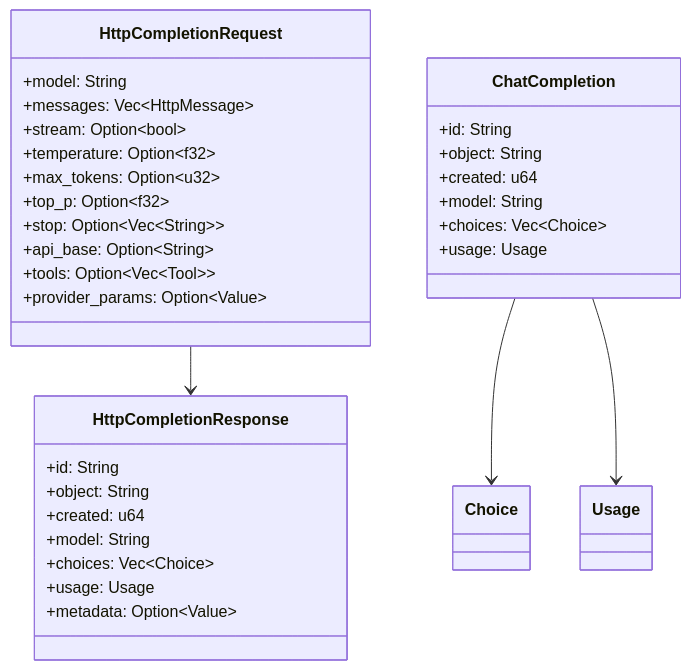
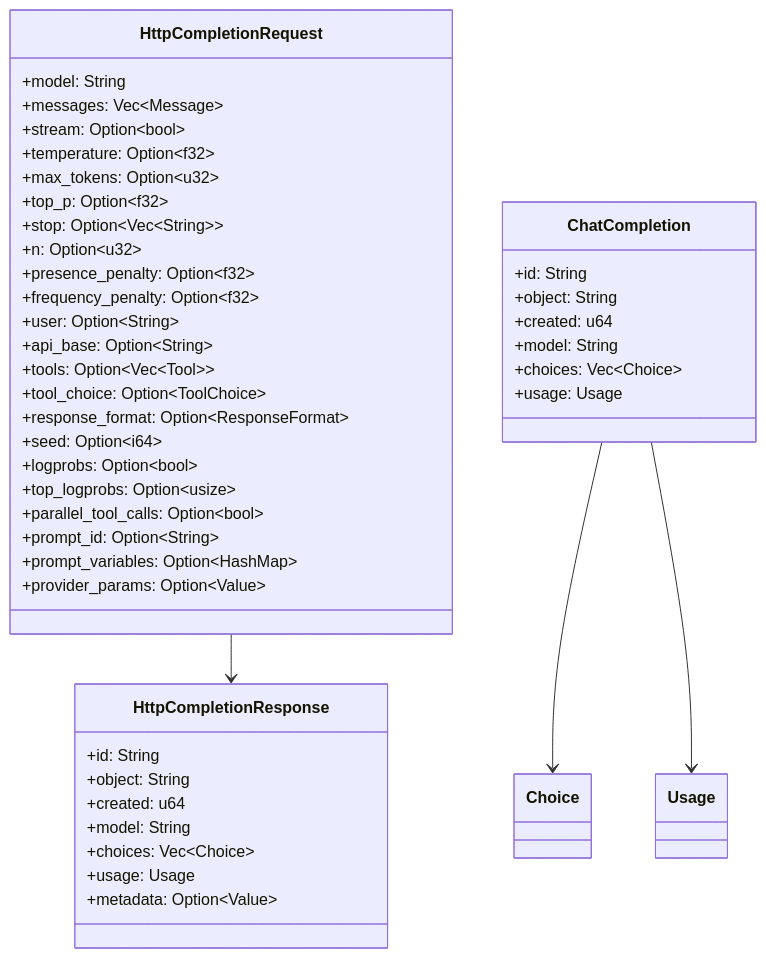
One commit to CipherOcto/cipherocto changed the ninth of 19 diagrams in docs/architecture/quota-router-architecture.md. Above: the diagram before and after it, drawn with Mermaid. The commit also changed other lines of this file, not shown here.

First line of the commit message:
docs: fix 33 inaccuracies in architecture document via adversarial review

````diff
--- a/docs/architecture/quota-router-architecture.md
+++ b/docs/architecture/quota-router-architecture.md
@@ -460,38 +485,50 @@
 ```mermaid
 classDiagram
     class HttpCompletionRequest {
         +model: String
-        +messages: Vec~HttpMessage~
+        +messages: Vec~Message~
         +stream: Option~bool~
         +temperature: Option~f32~
         +max_tokens: Option~u32~
         +top_p: Option~f32~
         +stop: Option~Vec~String~~
+        +n: Option~u32~
+        +presence_penalty: Option~f32~
+        +frequency_penalty: Option~f32~
+        +user: Option~String~
         +api_base: Option~String~
         +tools: Option~Vec~Tool~~
+        +tool_choice: Option~ToolChoice~
+        +response_format: Option~ResponseFormat~
+        +seed: Option~i64~
+        +logprobs: Option~bool~
+        +top_logprobs: Option~usize~
+        +parallel_tool_calls: Option~bool~
+        +prompt_id: Option~String~
+        +prompt_variables: Option~HashMap~
         +provider_params: Option~Value~
     }
 
     class HttpCompletionResponse {
         +id: String
         +object: String
         +created: u64
         +model: String
         +choices: Vec~Choice~
         +usage: Usage
         +metadata: Option~Value~
     }
 
     class ChatCompletion {
         +id: String
         +object: String
         +created: u64
         +model: String
         +choices: Vec~Choice~
         +usage: Usage
     }
 
     HttpCompletionRequest --> HttpCompletionResponse
     ChatCompletion --> Choice
     ChatCompletion --> Usage
 ```
````
